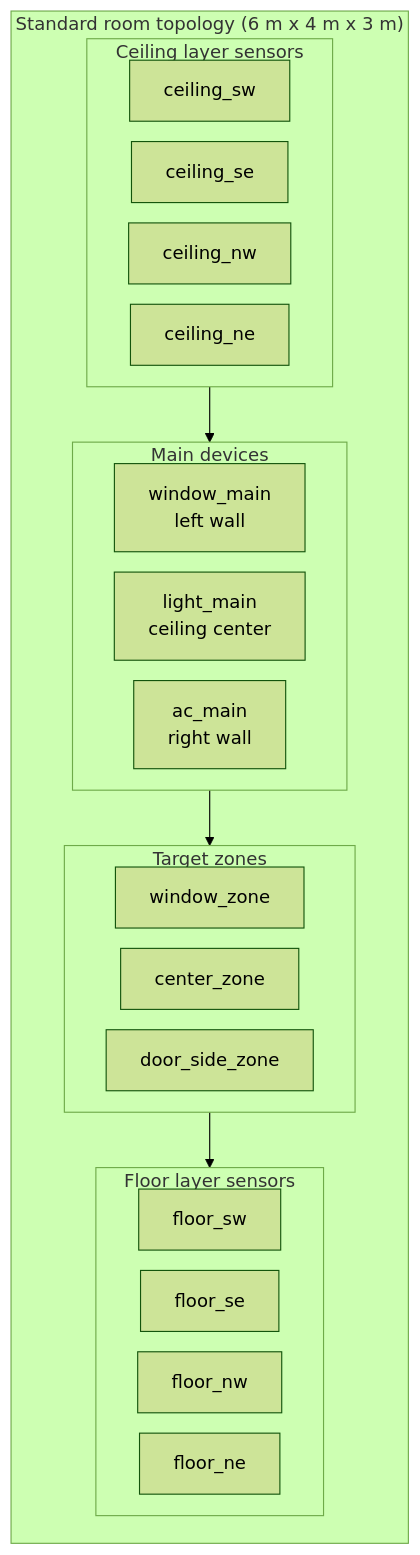
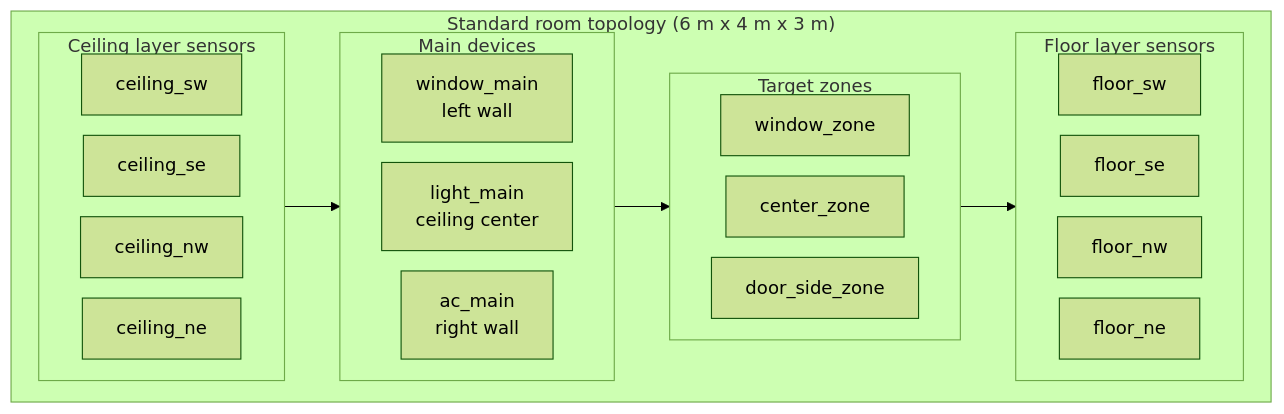
Before and after one commit to Yunitrish006006/A-Spatial-Digital-Twin-Prototype-for-Indoor-Spaces-with-Environmental-Factors: the fifth of 8 diagrams in docs/thesis/system_architecture_diagrams_zh.md, drawn with Mermaid (forest theme). The commit also changed other lines of this file and 15 other files, not shown here.

First line of the commit message:
Refactor system architecture diagrams and thesis draft with enhanced clarity and additional figures

````diff
--- a/docs/thesis/system_architecture_diagrams_zh.md
+++ b/docs/thesis/system_architecture_diagrams_zh.md
@@ -100,41 +111,41 @@
 ```mermaid
 %%{init: {'flowchart': {'nodeSpacing': 18, 'rankSpacing': 24}} }%%
-flowchart TB
+flowchart LR
     subgraph Room["Standard room topology (6 m x 4 m x 3 m)"]
-        direction TB
+        direction LR
 
         subgraph Ceiling["Ceiling layer sensors"]
             direction LR
             CSW["ceiling_sw"]
             CSE["ceiling_se"]
             CNW["ceiling_nw"]
             CNE["ceiling_ne"]
         end
 
         subgraph Devices["Main devices"]
             direction LR
             WIN["window_main<br/>left wall"]
             LGT["light_main<br/>ceiling center"]
             ACM["ac_main<br/>right wall"]
         end
 
         subgraph Zones["Target zones"]
             direction LR
             ZW["window_zone"]
             ZC["center_zone"]
             ZD["door_side_zone"]
         end
 
         subgraph Floor["Floor layer sensors"]
             direction LR
             FSW["floor_sw"]
             FSE["floor_se"]
             FNW["floor_nw"]
             FNE["floor_ne"]
         end
     end
 
     Ceiling --> Devices
     Devices --> Zones
     Zones --> Floor
 ```
````
